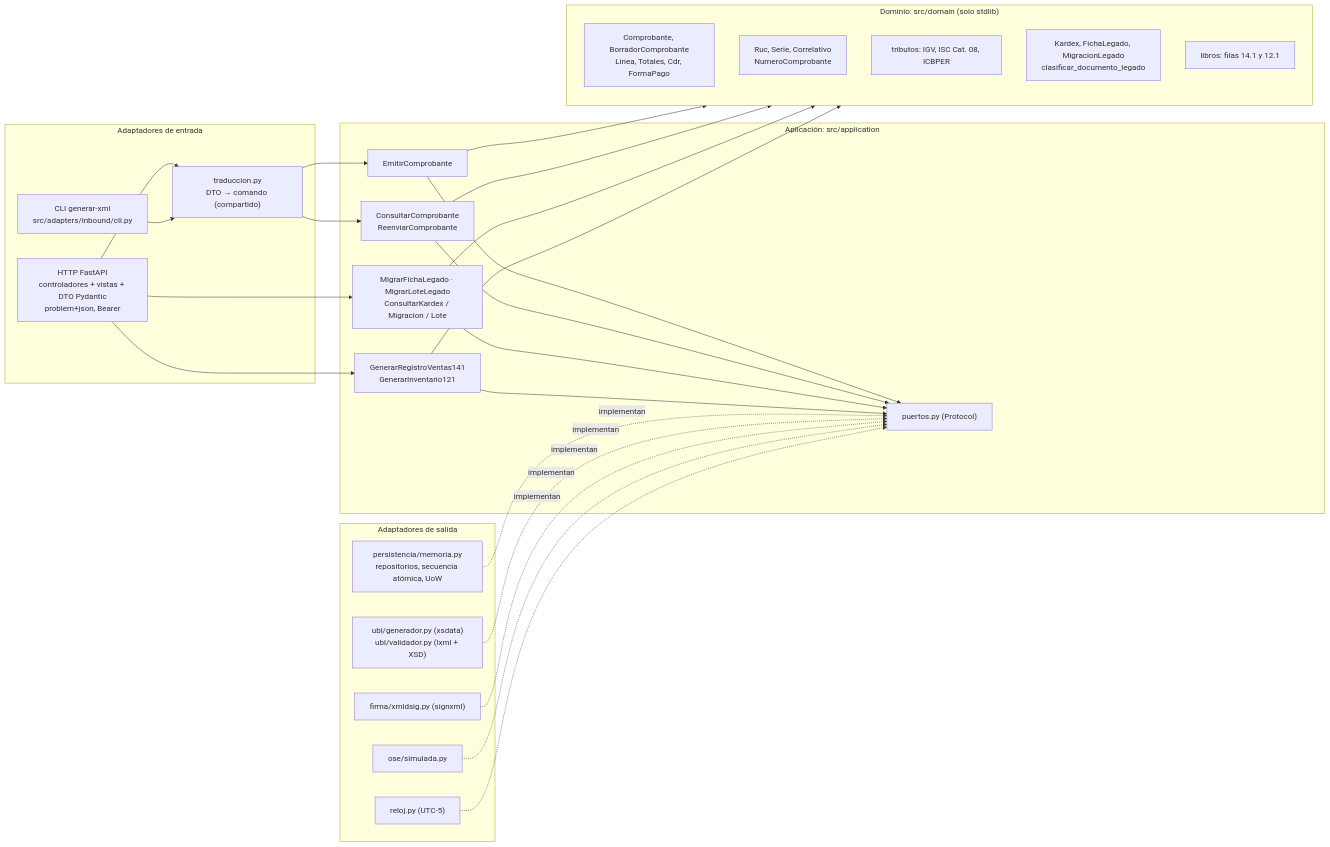
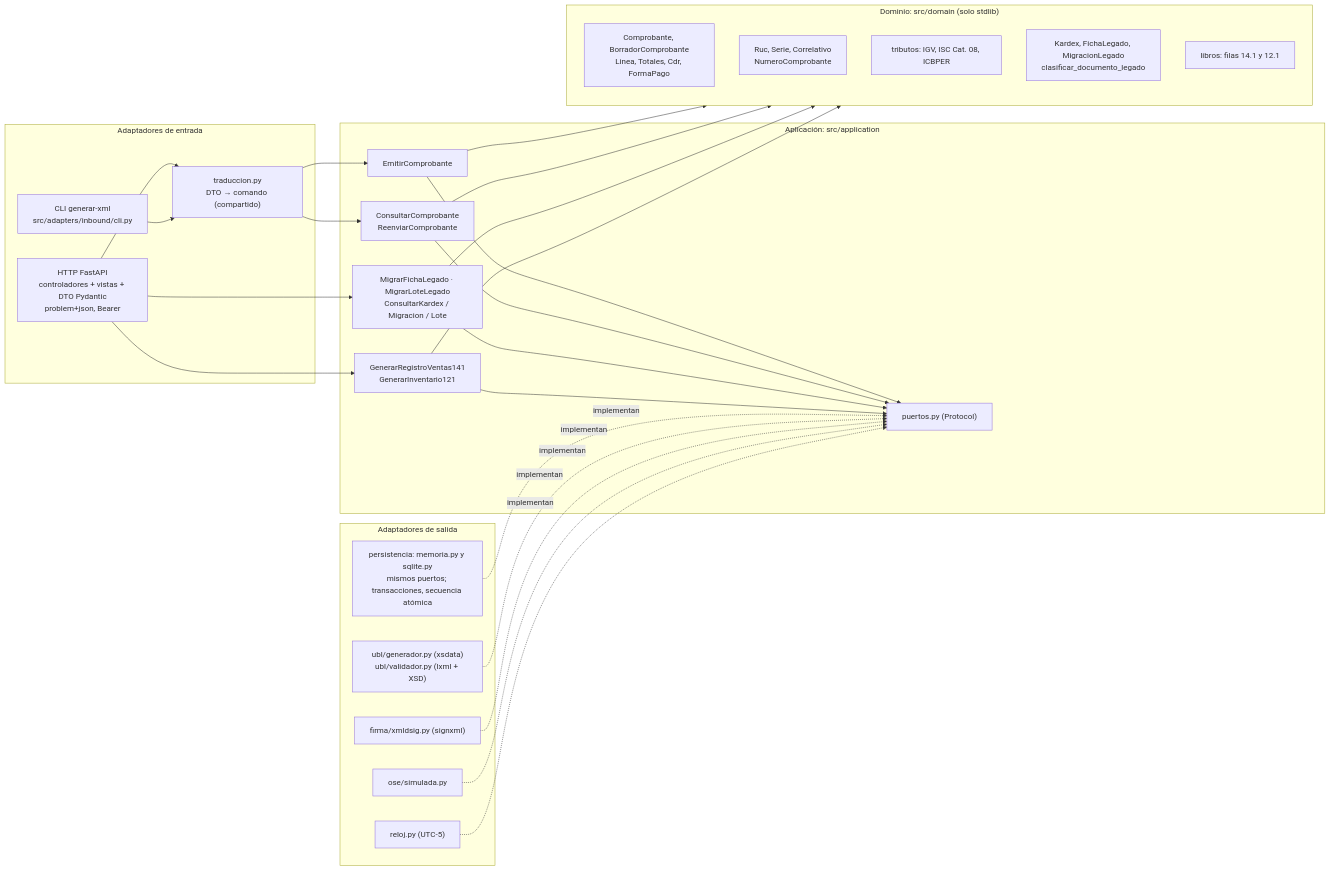
Before and after one commit to Melor-Smith/ARQUITECTURA: the first of 4 diagrams in specs/architecture/arquitectura.md, drawn with Mermaid. The commit also changed other lines of this file and 22 other files, not shown here.

First line of the commit message:
Persistencia SQLite como segundo adaptador, tipado estricto, Docker y CI ampliada

````diff
--- a/specs/architecture/arquitectura.md
+++ b/specs/architecture/arquitectura.md
@@ -28,40 +28,40 @@
 ```mermaid
 flowchart LR
     subgraph IN["Adaptadores de entrada"]
         HTTP["HTTP FastAPI<br/>controladores + vistas + DTO Pydantic<br/>problem+json, Bearer"]
         CLI["CLI generar-xml<br/>src/adapters/inbound/cli.py"]
         TR["traduccion.py<br/>DTO → comando (compartido)"]
     end
 
     subgraph APP["Aplicación: src/application"]
         UC1["EmitirComprobante"]
         UC2["ConsultarComprobante<br/>ReenviarComprobante"]
         UC3["MigrarFichaLegado · MigrarLoteLegado<br/>ConsultarKardex / Migracion / Lote"]
         UC4["GenerarRegistroVentas141<br/>GenerarInventario121"]
         P["puertos.py (Protocol)"]
     end
 
     subgraph DOM["Dominio: src/domain (solo stdlib)"]
         D1["Comprobante, BorradorComprobante<br/>Linea, Totales, Cdr, FormaPago"]
         D2["Ruc, Serie, Correlativo<br/>NumeroComprobante"]
         D3["tributos: IGV, ISC Cat. 08, ICBPER"]
         D4["Kardex, FichaLegado, MigracionLegado<br/>clasificar_documento_legado"]
         D5["libros: filas 14.1 y 12.1"]
     end
 
     subgraph OUT["Adaptadores de salida"]
-        A1["persistencia/memoria.py<br/>repositorios, secuencia atómica, UoW"]
+        A1["persistencia: memoria.py y sqlite.py<br/>mismos puertos; transacciones, secuencia atómica"]
         A2["ubl/generador.py (xsdata)<br/>ubl/validador.py (lxml + XSD)"]
         A3["firma/xmldsig.py (signxml)"]
         A4["ose/simulada.py"]
         A5["reloj.py (UTC-5)"]
     end
 
     HTTP --> TR
     CLI --> TR
     TR --> UC1 & UC2
     HTTP --> UC3 & UC4
     UC1 & UC2 & UC3 & UC4 --> DOM
     UC1 & UC2 & UC3 & UC4 --> P
     A1 & A2 & A3 & A4 & A5 -. implementan .-> P
 ```
````
